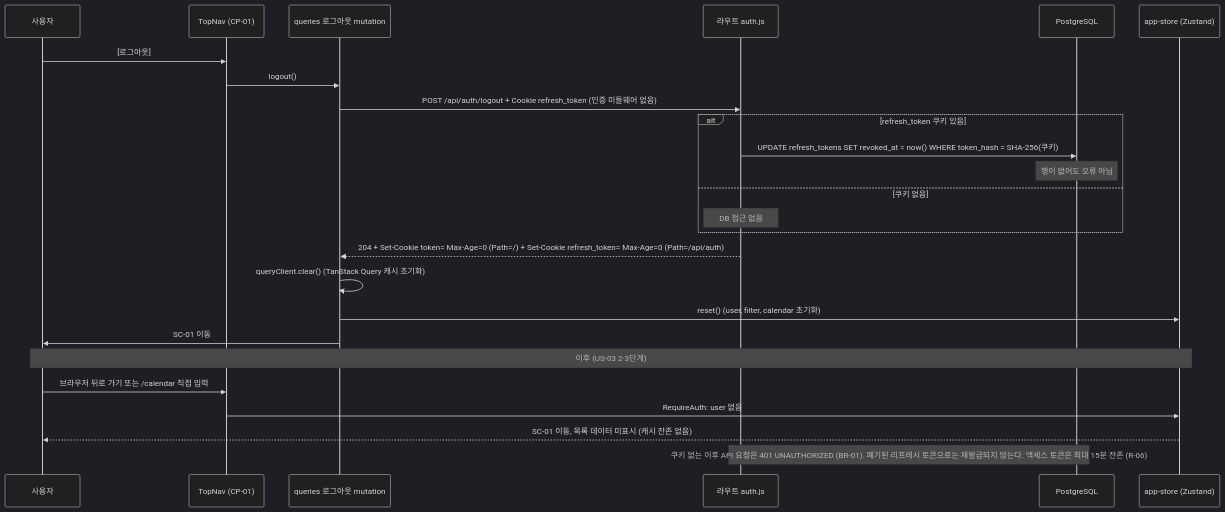
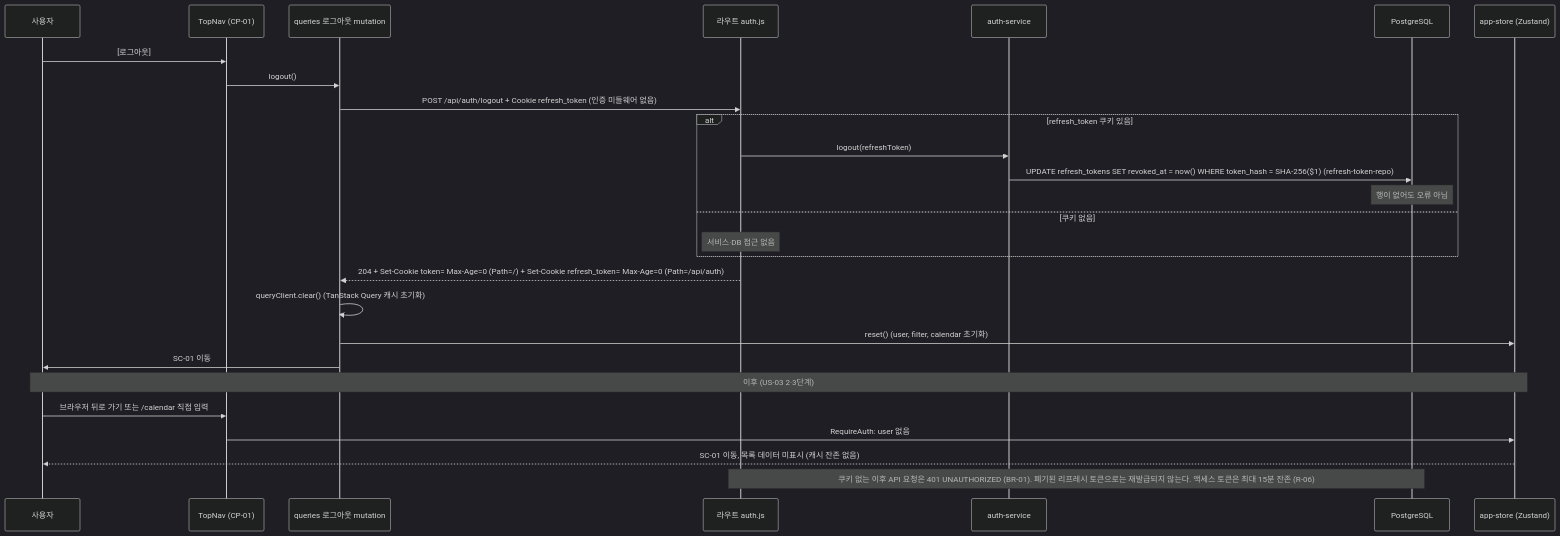
Diagram 13 of 15 in docs/6-arch-diagram.md (okbaronok2-tech/todolist_app), drawn with Mermaid (dark theme) before and after one commit. The commit also changed other lines of this file and 8 other files, not shown here.

````diff
--- a/docs/6-arch-diagram.md
+++ b/docs/6-arch-diagram.md
@@ -575,28 +576,30 @@
 ```mermaid
 sequenceDiagram
     participant U as 사용자
     participant NAV as TopNav (CP-01)
     participant Q as queries 로그아웃 mutation
     participant RT as 라우트 auth.js
+    participant SV as auth-service
     participant DB as PostgreSQL
     participant STORE as app-store (Zustand)
 
     U->>NAV: [로그아웃]
     NAV->>Q: logout()
     Q->>RT: POST /api/auth/logout + Cookie refresh_token (인증 미들웨어 없음)
     alt refresh_token 쿠키 있음
-        RT->>DB: UPDATE refresh_tokens SET revoked_at = now() WHERE token_hash = SHA-256(쿠키)
+        RT->>SV: logout(refreshToken)
+        SV->>DB: UPDATE refresh_tokens SET revoked_at = now() WHERE token_hash = SHA-256($1) (refresh-token-repo)
         Note over DB: 행이 없어도 오류 아님
     else 쿠키 없음
-        Note over RT: DB 접근 없음
+        Note over RT: 서비스·DB 접근 없음
     end
     RT-->>Q: 204 + Set-Cookie token= Max-Age=0 (Path=/) + Set-Cookie refresh_token= Max-Age=0 (Path=/api/auth)
     Q->>Q: queryClient.clear() (TanStack Query 캐시 초기화)
     Q->>STORE: reset() (user, filter, calendar 초기화)
     Q->>U: SC-01 이동
     Note over U,STORE: 이후 (US-03 2·3단계)
     U->>NAV: 브라우저 뒤로 가기 또는 /calendar 직접 입력
     NAV->>STORE: RequireAuth: user 없음
     STORE-->>U: SC-01 이동, 목록 데이터 미표시 (캐시 잔존 없음)
     Note over RT,DB: 쿠키 없는 이후 API 요청은 401 UNAUTHORIZED (BR-01). 폐기된 리프레시 토큰으로는 재발급되지 않는다. 액세스 토큰은 최대 15분 잔존 (R-06)
 ```
````
